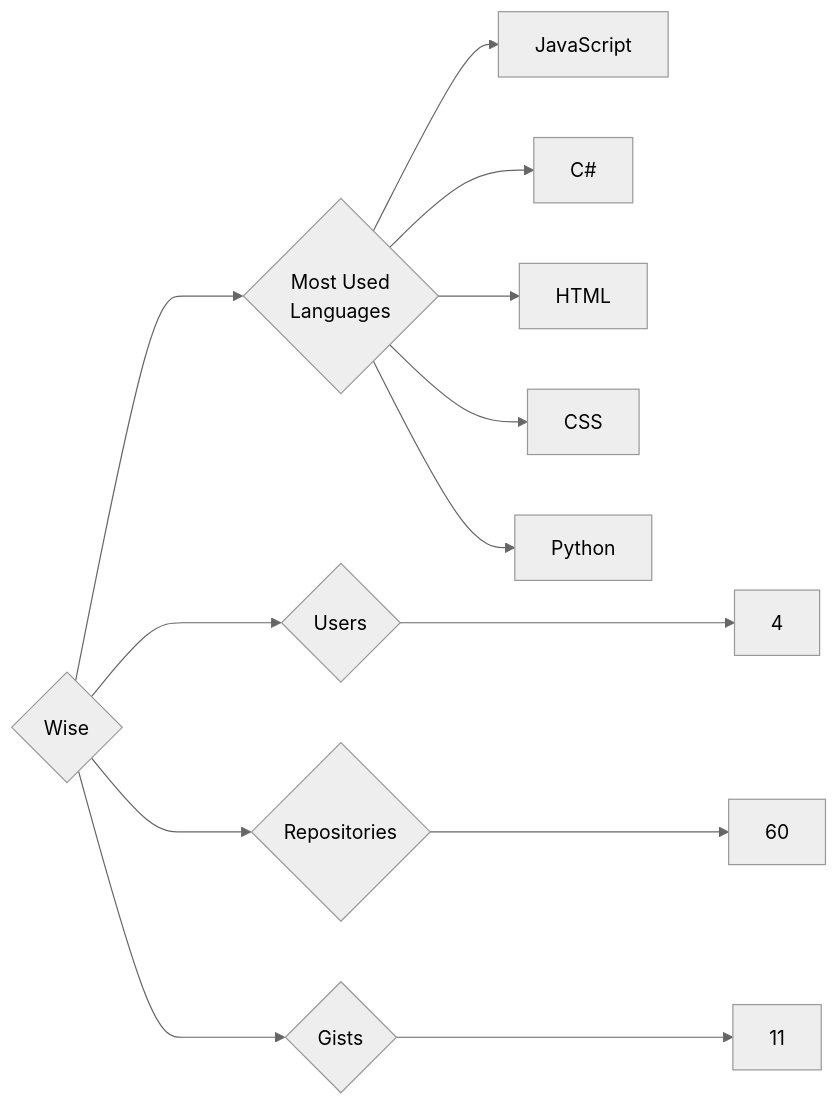
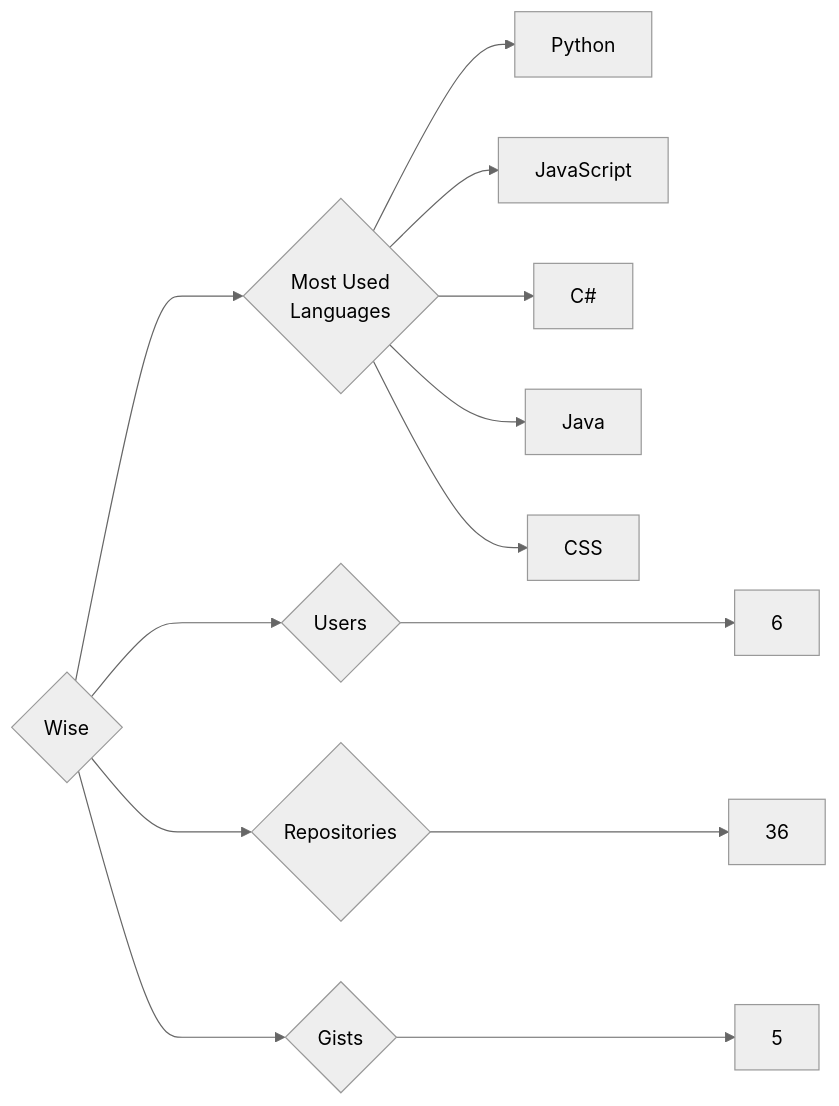
The diagram in targets/Wise/README.md (trickest/insiders), drawn with Mermaid (neutral theme) before and after one commit. The commit also changed 1496 other files, not shown here.

````diff
--- a/targets/Wise/README.md
+++ b/targets/Wise/README.md
@@ -3,13 +3,13 @@
 ```mermaid
 graph LR
 COMPANY_NAME{Wise}
-COMPANY_NAME ---> U{Users} ---> UN[4]
-COMPANY_NAME ---> R{Repositories} ---> RN[60]
-COMPANY_NAME ---> G{Gists} ---> GN[11]
+COMPANY_NAME ---> U{Users} ---> UN[6]
+COMPANY_NAME ---> R{Repositories} ---> RN[36]
+COMPANY_NAME ---> G{Gists} ---> GN[5]
 COMPANY_NAME ---> ML{Most Used<br>Languages}
+ML --> Python[Python]
 ML --> JavaScript[JavaScript]
 ML --> C#[C#]
-ML --> HTML[HTML]
+ML --> Java[Java]
 ML --> CSS[CSS]
-ML --> Python[Python]
 ```
````
